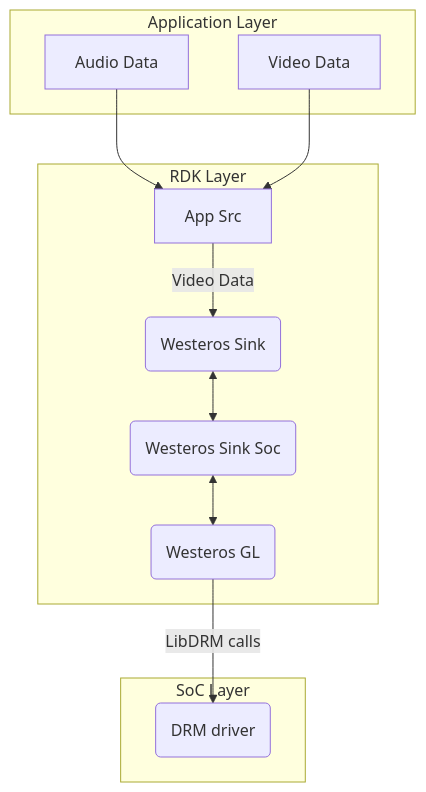
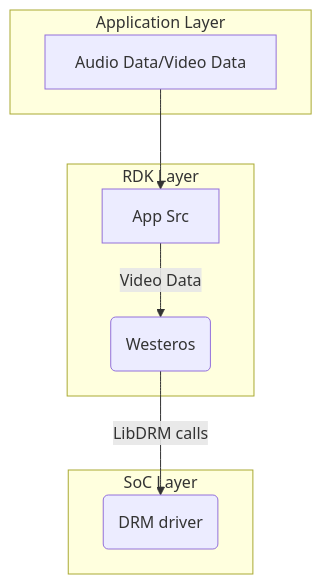
Before and after one commit to rdkcentral/rdk-halif-libdrm: the first of 2 diagrams in docs/pages/libdrm.md, drawn with Mermaid. The commit also changed other lines of this file, not shown here.

````diff
--- a/docs/pages/libdrm.md
+++ b/docs/pages/libdrm.md
@@ -43,17 +44,13 @@
 ```mermaid
 flowchart TD
 subgraph Application Layer
-A[Audio Data]
-C[Video Data]
+A[Audio Data/Video Data]
 end
-    A[Audio Data] --> B[App Src]
-    C[Video Data] --> B[App Src] 
+    A --> B[App Src]
 subgraph RDK Layer
-    B -->|Video Data| D(Westeros Sink)
-    D <-->E(Westeros Sink Soc)
-    E <--> F(Westeros GL)
+    B -->|Video Data| C(Westeros)
 end
 subgraph SoC Layer
-    F --> |LibDRM calls| G(DRM driver)
+    C --> |LibDRM calls| D(DRM driver)
 end
 ```
````
